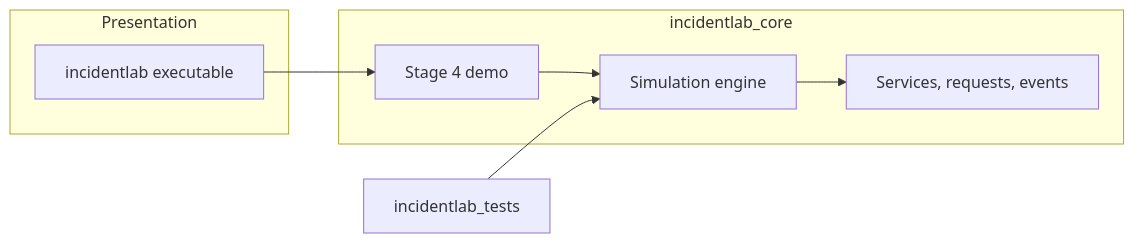
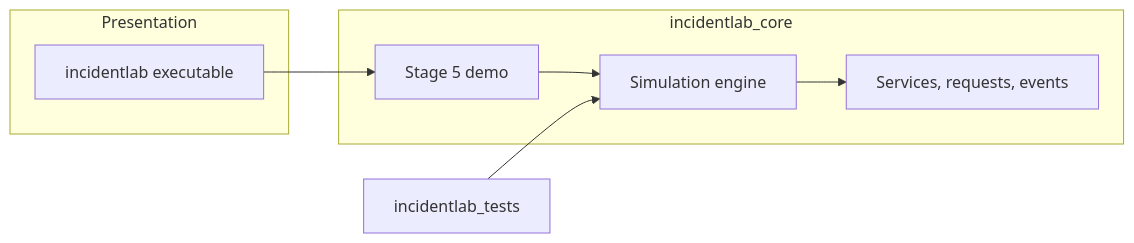
The diagram in README.md (IG1234567/incidentLab), drawn with Mermaid before and after one commit. The commit also changed other lines of this file and 17 other files, not shown here.

````diff
--- a/README.md
+++ b/README.md
@@ -87,19 +100,19 @@
 ```mermaid
 flowchart LR
     subgraph presentation [Presentation]
         App["incidentlab executable"]
     end
 
     subgraph core [incidentlab_core]
-        Demo["Stage 4 demo"]
+        Demo["Stage 5 demo"]
         Engine["Simulation engine"]
         Domain["Services, requests, events"]
     end
 
     Tests["incidentlab_tests"]
 
     App --> Demo
     Demo --> Engine
     Engine --> Domain
     Tests --> Engine
 ```
````
